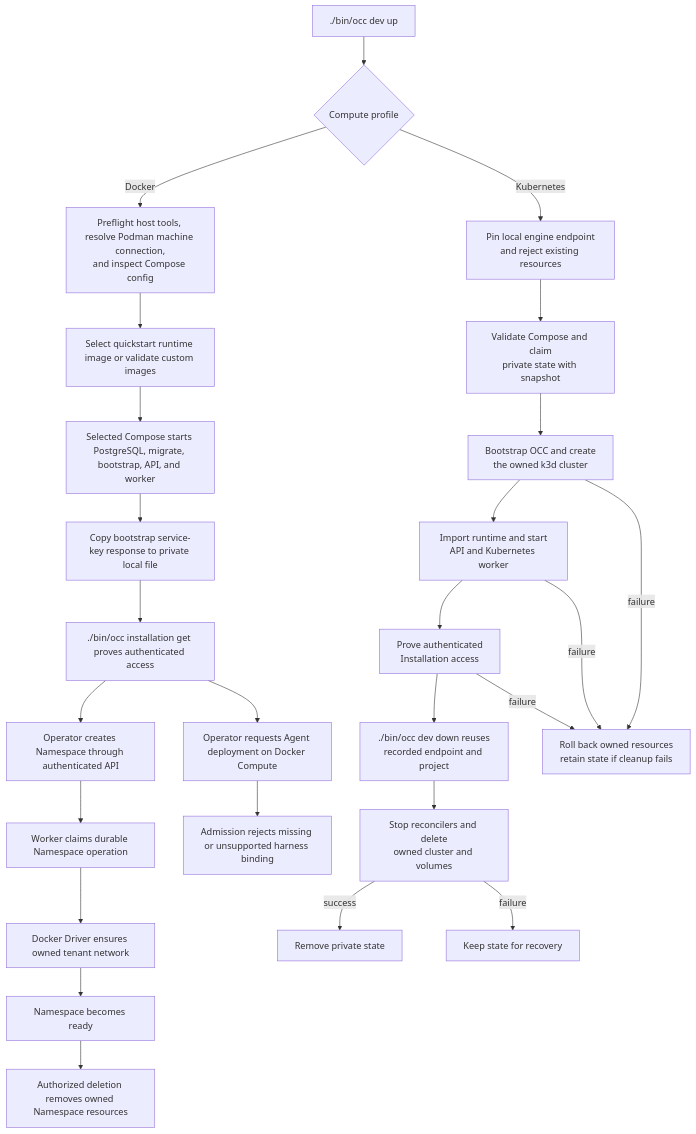
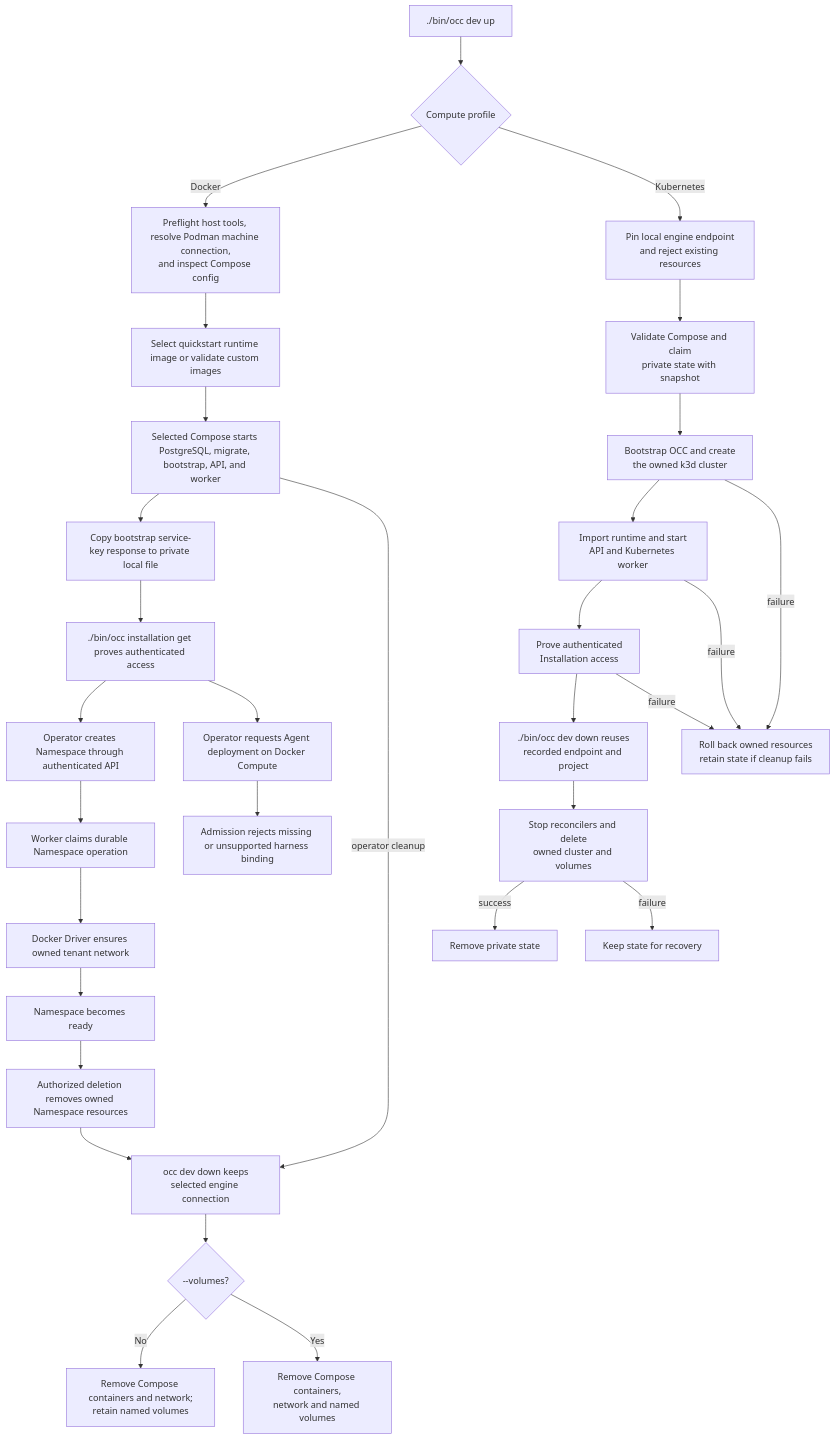
One commit to IsaiahStapleton/openclaw-enterprise changed the diagram in docs/flows/docker-compose-development.md. Above: the diagram before and after it, drawn with Mermaid. The commit also changed other lines of this file and 6 other files, not shown here.

Commit message:
fix(dev): preserve Podman connection during cleanup

````diff
--- a/docs/flows/docker-compose-development.md
+++ b/docs/flows/docker-compose-development.md
@@ -46,28 +46,33 @@
 ```mermaid
 graph TD
   A["./bin/occ dev up"] --> Profile{"Compute profile"}
   Profile -->|Docker| B["Preflight host tools, resolve Podman machine connection,<br/>and inspect Compose config"]
   Profile -->|Kubernetes| KPre["Pin local engine endpoint<br/>and reject existing resources"]
   KPre --> KConfig["Validate Compose and claim<br/>private state with snapshot"]
   KConfig --> KStart["Bootstrap OCC and create<br/>the owned k3d cluster"]
   KStart --> KReady["Import runtime and start<br/>API and Kubernetes worker"]
   KReady --> KProof["Prove authenticated<br/>Installation access"]
   KProof --> KDown["./bin/occ dev down reuses<br/>recorded endpoint and project"]
   KStart -->|failure| KRollback["Roll back owned resources<br/>retain state if cleanup fails"]
   KReady -->|failure| KRollback
   KProof -->|failure| KRollback
   KDown --> KRemove["Stop reconcilers and delete<br/>owned cluster and volumes"]
   KRemove -->|success| KDone["Remove private state"]
   KRemove -->|failure| KRetain["Keep state for recovery"]
   B --> C["Select quickstart runtime image or validate custom images"]
   C --> D["Selected Compose starts PostgreSQL, migrate, bootstrap, API, and worker"]
   D --> E["Copy bootstrap service-key response to private local file"]
   E --> F["./bin/occ installation get proves authenticated access"]
   F --> G["Operator creates Namespace through authenticated API"]
   G --> H["Worker claims durable Namespace operation"]
   H --> I["Docker Driver ensures owned tenant network"]
   I --> J["Namespace becomes ready"]
   F --> K["Operator requests Agent deployment on Docker Compute"]
   K --> L["Admission rejects missing or unsupported harness binding"]
   J --> M["Authorized deletion removes owned Namespace resources"]
+  D -->|operator cleanup| CDown["occ dev down keeps<br/>selected engine connection"]
+  M --> CDown
+  CDown --> CVolumes{"--volumes?"}
+  CVolumes -->|No| CKeep["Remove Compose containers and network;<br/>retain named volumes"]
+  CVolumes -->|Yes| CDelete["Remove Compose containers,<br/>network and named volumes"]
 ```
````
